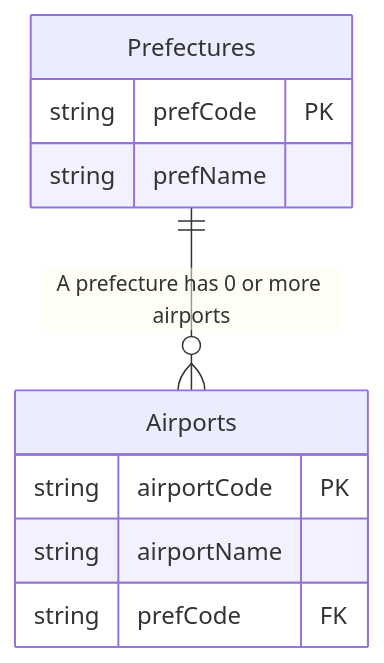
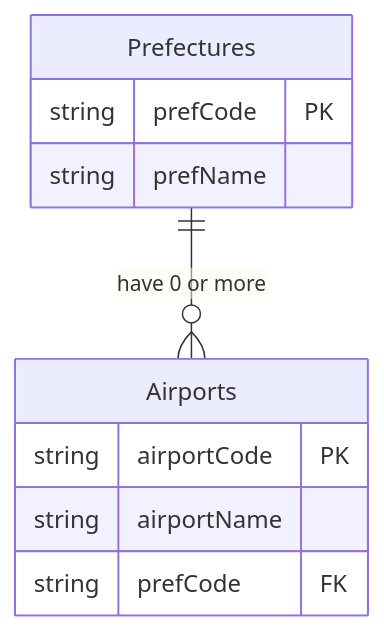
Before and after one commit to SUZUKI-Takayuki-0404/Kadai10th: the diagram in README.md, drawn with Mermaid.

````diff
--- a/README.md
+++ b/README.md
@@ -32,16 +32,16 @@
 ```mermaid LR
 erDiagram
-Prefectures ||--o{ Airports :"A prefecture has 0 or more airports"
+Prefectures ||--o{ Airports :"have 0 or more"
 
   Prefectures {
     string prefCode PK
     string prefName
   }
 
   Airports {
     string airportCode PK
     string airportName
     string prefCode FK
   }
 
 ```
````
